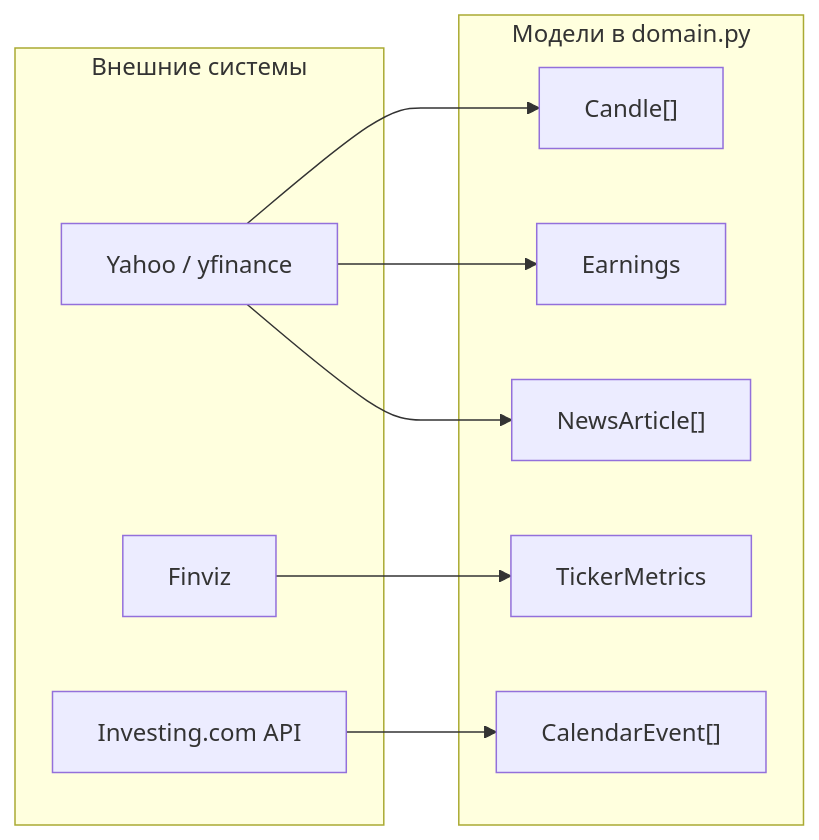
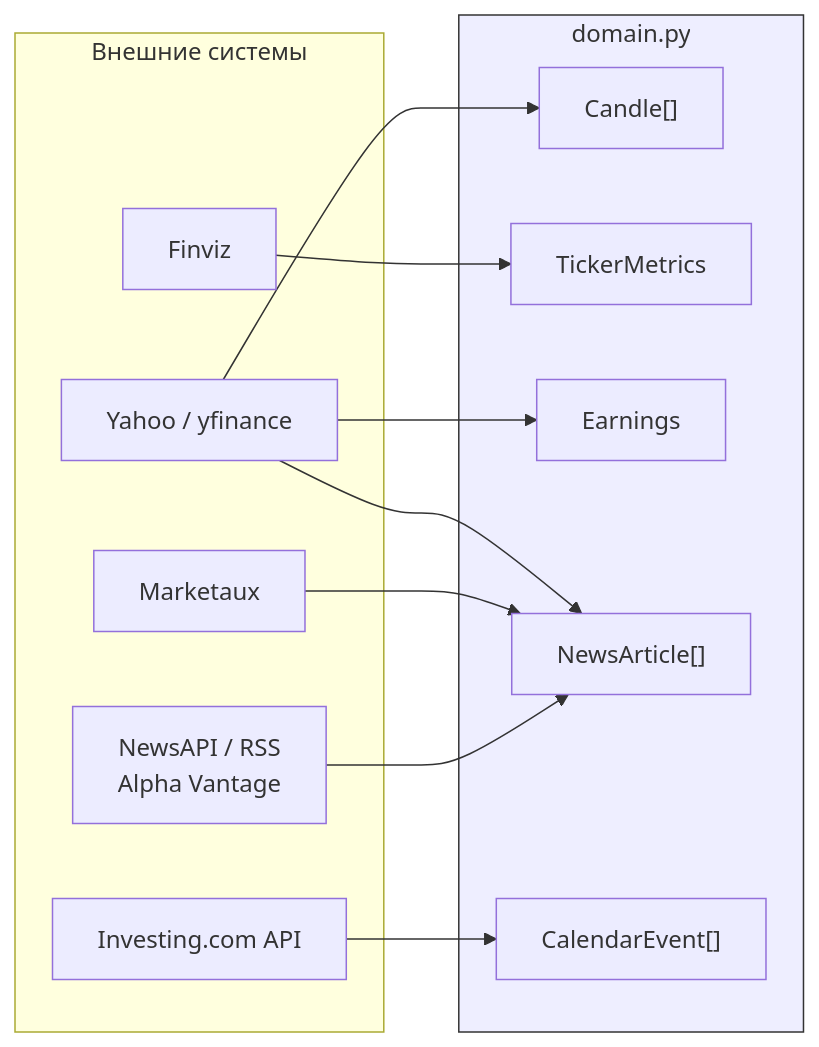
Before and after one commit to kobyzev-yuri/nyse: the sixth of 6 diagrams in docs/dataflow.md, drawn with Mermaid. The commit also changed other lines of this file and 2 other files, not shown here.

First line of the commit message:
Add README and update dataflow diagrams

````diff
--- a/docs/dataflow.md
+++ b/docs/dataflow.md
@@ -91,22 +211,25 @@
 ```mermaid
 flowchart LR
-    subgraph ext["Внешние системы"]
+    subgraph EXT["Внешние системы"]
         YF["Yahoo / yfinance"]
         FZ["Finviz"]
         IC["Investing.com API"]
+        MX2["Marketaux"]
+        NW["NewsAPI / RSS\nAlpha Vantage"]
     end
 
-    subgraph out["Модели в domain.py"]
+    subgraph DOM["domain.py"]
         OHLC["Candle[]"]
         TM["TickerMetrics"]
         ER["Earnings"]
-        NA["NewsArticle[]"]
+        NA2["NewsArticle[]"]
         CE["CalendarEvent[]"]
     end
 
-    YF --> OHLC
-    YF --> ER
-    YF --> NA
+    YF --> OHLC & ER & NA2
     FZ --> TM
     IC --> CE
+    MX2 & NW --> NA2
+
+    style DOM fill:#eef,stroke:#333
 ```
````
